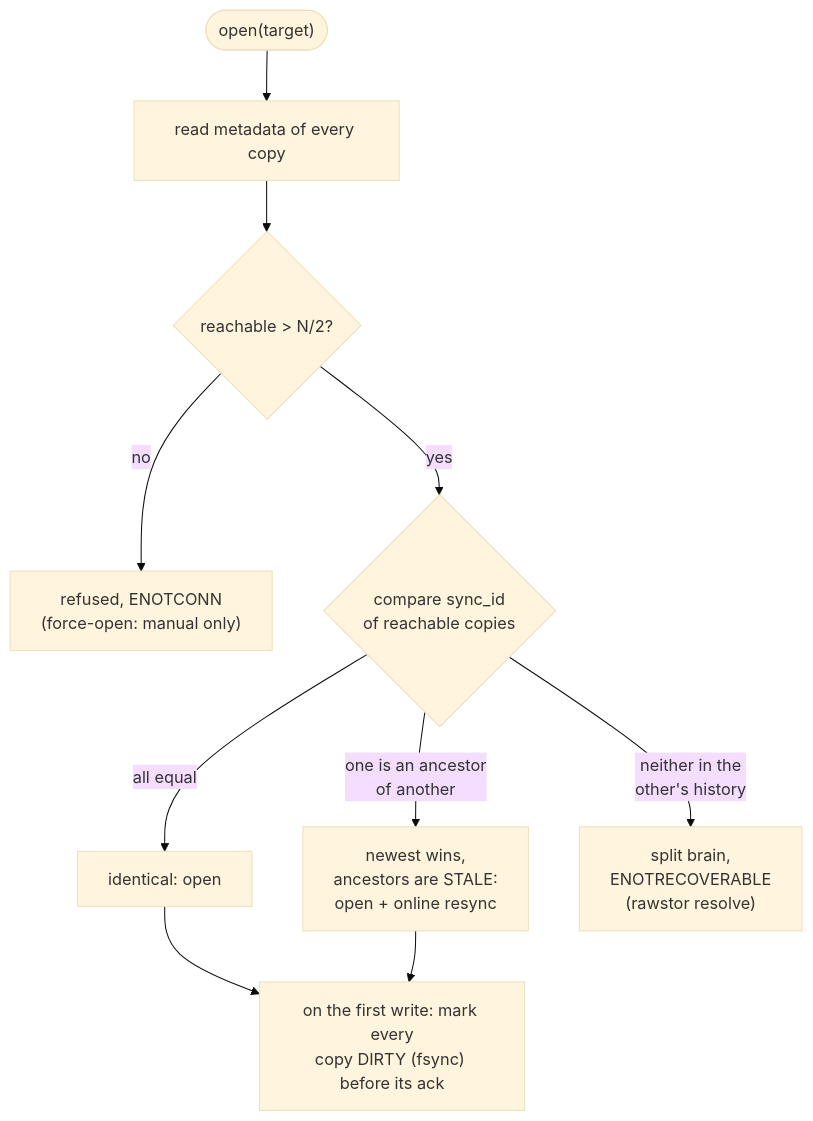
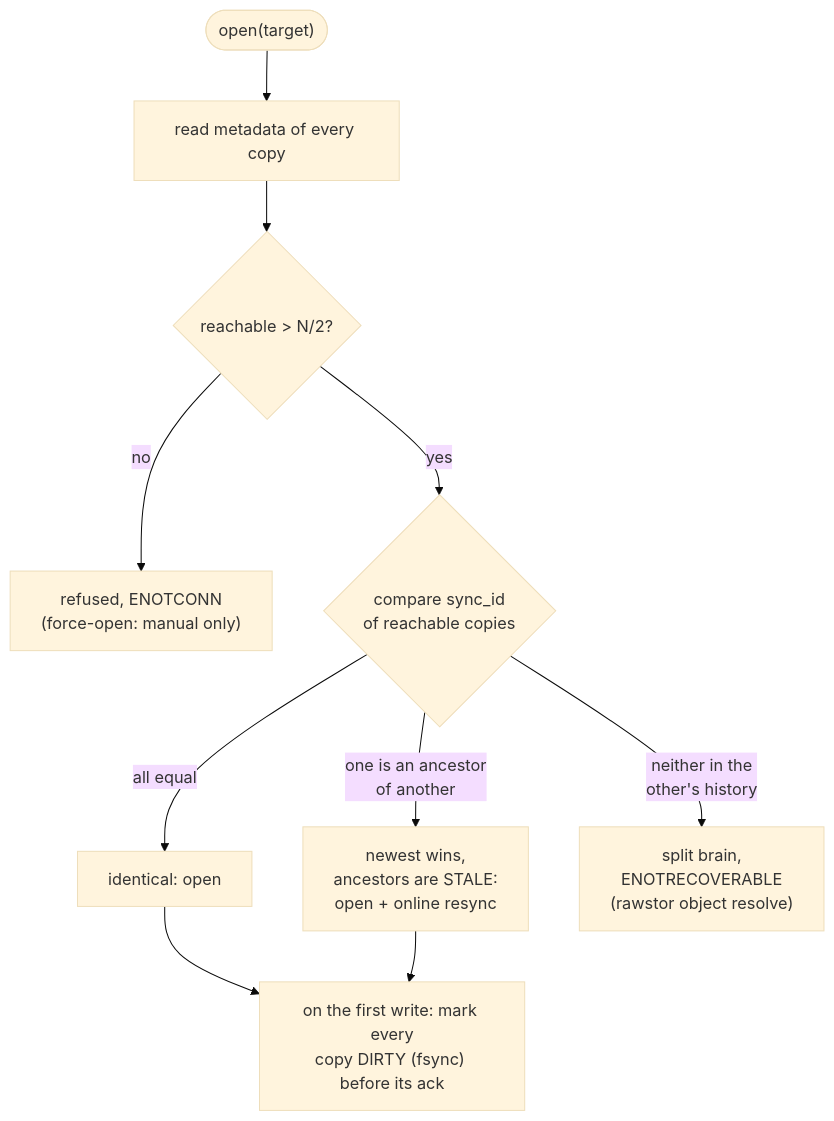
Before and after one commit to rawstor/librawstor: the fourth of 6 diagrams in docs/mirroring.md, drawn with Mermaid (base theme). The commit also changed other lines of this file and 20 other files, not shown here.

````diff
--- a/docs/mirroring.md
+++ b/docs/mirroring.md
@@ -385,12 +385,12 @@
 ```mermaid
 flowchart TB
     Open(["open(target)"]) --> Meta["read metadata of every copy"]
     Meta --> Q{"reachable > N/2?"}
     Q -- no --> NoQ["refused, ENOTCONN<br/>(force-open: manual only)"]
     Q -- yes --> Cmp{"compare sync_id<br/>of reachable copies"}
     Cmp -- "all equal" --> Same["identical: open"]
     Cmp -- "one is an ancestor<br/>of another" --> Anc["newest wins,<br/>ancestors are STALE:<br/>open + online resync"]
-    Cmp -- "neither in the<br/>other's history" --> SB["split brain,<br/>ENOTRECOVERABLE<br/>(rawstor resolve)"]
+    Cmp -- "neither in the<br/>other's history" --> SB["split brain,<br/>ENOTRECOVERABLE<br/>(rawstor object resolve)"]
     Same --> Mark["on the first write: mark every<br/>copy DIRTY (fsync) before its ack"]
     Anc --> Mark
 ```
````
